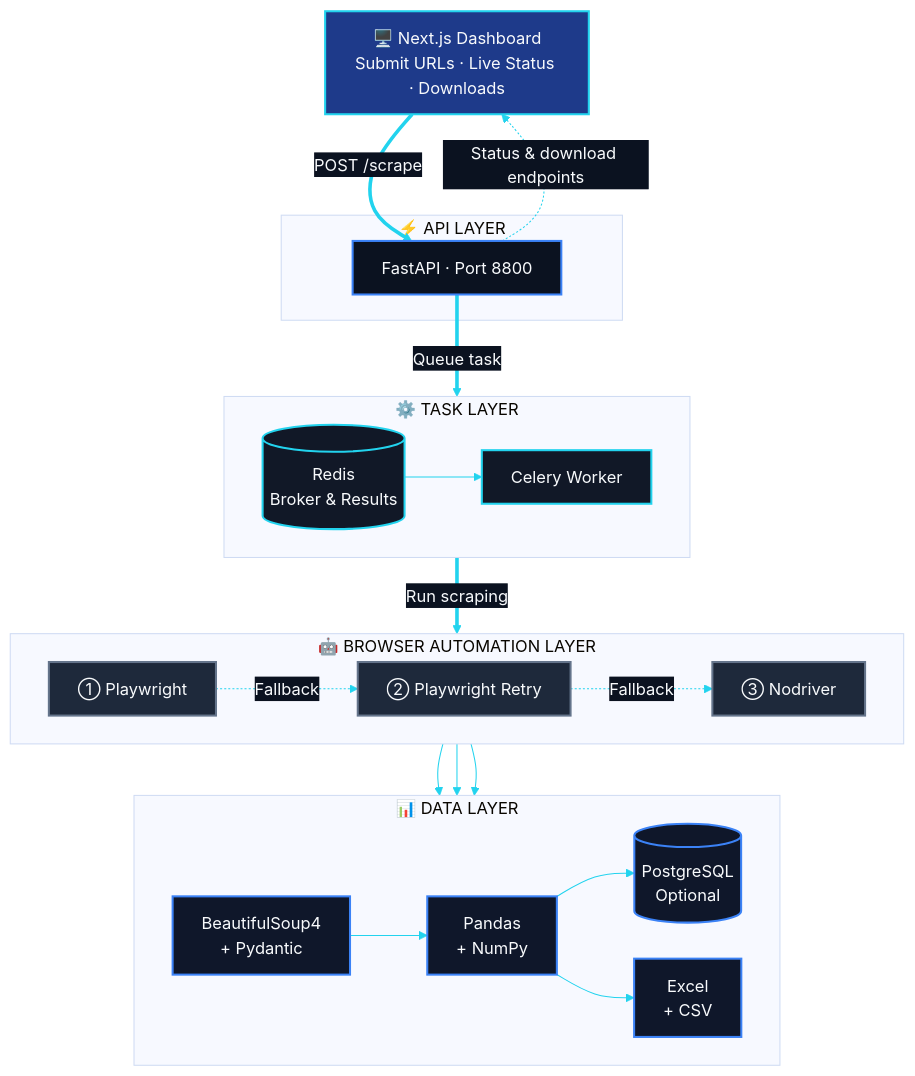
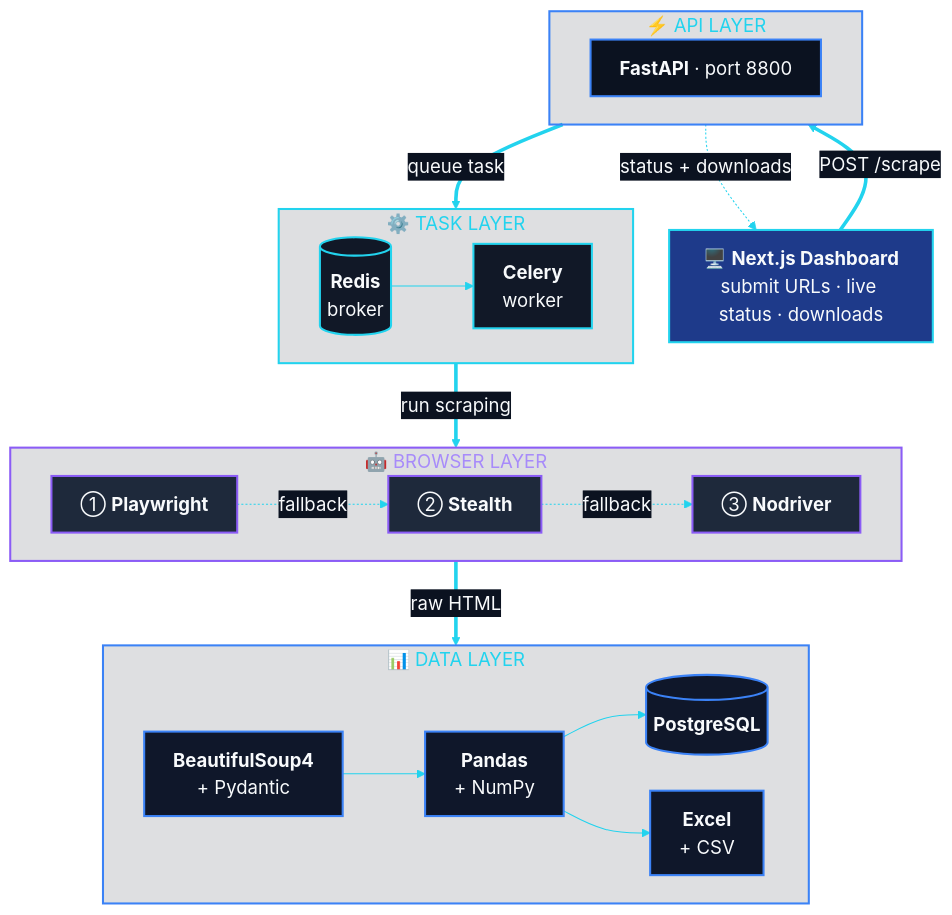
The diagram in README.md (mrfaizan-dev/Natural-Scraping-AI), drawn with Mermaid before and after one commit. The commit also changed other lines of this file, not shown here.

````diff
--- a/README.md
+++ b/README.md
@@ -135,47 +135,49 @@
 ```mermaid
-%%{init: {"theme":"base","themeVariables":{"fontSize":"16px","lineColor":"#22D3EE","primaryTextColor":"#F8FAFC","edgeLabelBackground":"#0B1220"},"flowchart":{"nodeSpacing":35,"rankSpacing":50,"curve":"basis","padding":14}}}%%
+%%{init: {"theme":"base","themeVariables":{"fontSize":"18px","lineColor":"#22D3EE","primaryTextColor":"#F8FAFC","edgeLabelBackground":"#0B1220"},"flowchart":{"nodeSpacing":35,"rankSpacing":55,"curve":"basis","padding":14}}}%%
 flowchart TB
-    UI["🖥️ Next.js Dashboard<br/>Submit URLs · Live Status · Downloads"]
+    UI["🖥️ <b>Next.js Dashboard</b><br/>submit URLs · live status · downloads"]
 
-    subgraph API["⚡ API LAYER"]
-        A["FastAPI · Port 8800"]
-    end
+    subgraph API["⚡ API LAYER"]
+        A["<b>FastAPI</b> · port 8800"]
+    end
 
-    subgraph TASKS["⚙️ TASK LAYER"]
-        direction LR
-        R[("Redis<br/>Broker & Results")] --> W["Celery Worker"]
-    end
+    subgraph Q["⚙️ TASK LAYER"]
+        direction LR
+        R[("<b>Redis</b><br/>broker")] --> W["<b>Celery</b><br/>worker"]
+    end
 
-    subgraph BROWSER["🤖 BROWSER AUTOMATION LAYER"]
-        direction LR
-        P1["① Playwright"] -. "Fallback" .-> P2["② Playwright Retry"]
-        P2 -. "Fallback" .-> P3["③ Nodriver"]
-    end
+    subgraph B["🤖 BROWSER LAYER"]
+        direction LR
+        P1["① <b>Playwright</b>"] -.->|fallback| P2["② <b>Stealth</b>"] -.->|fallback| P3["③ <b>Nodriver</b>"]
+    end
 
-    subgraph DATA["📊 DATA LAYER"]
-        direction LR
-        X["BeautifulSoup4<br/>+ Pydantic"] --> PD["Pandas<br/>+ NumPy"]
-        PD --> DB[("PostgreSQL<br/>Optional")]
-        PD --> XL["Excel<br/>+ CSV"]
-    end
+    subgraph D["📊 DATA LAYER"]
+        direction LR
+        X["<b>BeautifulSoup4</b><br/>+ Pydantic"] --> PD["<b>Pandas</b><br/>+ NumPy"]
+        PD --> DB[("<b>PostgreSQL</b>")]
+        PD --> XL["<b>Excel</b><br/>+ CSV"]
+    end
 
-    UI ==>|"POST /scrape"| A
-    A ==>|"Queue task"| R
-    W ==>|"Run scraping"| P1
-    P1 --> X
-    P2 --> X
-    P3 --> X
-    A -.->|"Status & download endpoints"| UI
+    UI ==>|"POST /scrape"| API
+    API ==>|"queue task"| Q
+    Q ==>|"run scraping"| B
+    B ==>|"raw HTML"| D
+    API -.->|"status + downloads"| UI
 
-    classDef ui fill:#1E3A8A,stroke:#22D3EE,stroke-width:2px,color:#F8FAFC
-    classDef api fill:#0B1220,stroke:#3B82F6,stroke-width:2px,color:#F8FAFC
-    classDef task fill:#111827,stroke:#22D3EE,stroke-width:2px,color:#F8FAFC
-    classDef browser fill:#1E293B,stroke:#64748B,stroke-width:2px,color:#F8FAFC
-    classDef data fill:#0F172A,stroke:#3B82F6,stroke-width:2px,color:#F8FAFC
+    classDef ui fill:#1E3A8A,stroke:#22D3EE,stroke-width:2px,color:#F8FAFC
+    classDef api fill:#0B1220,stroke:#3B82F6,stroke-width:2px,color:#F8FAFC
+    classDef task fill:#111827,stroke:#22D3EE,stroke-width:2px,color:#F8FAFC
+    classDef browser fill:#1E293B,stroke:#8B5CF6,stroke-width:2px,color:#F8FAFC
+    classDef data fill:#0F172A,stroke:#3B82F6,stroke-width:2px,color:#F8FAFC
 
-    class UI ui
-    class A api
-    class R,W task
-    class P1,P2,P3 browser
-    class X,PD,DB,XL data
+    class UI ui
+    class A api
+    class R,W task
+    class P1,P2,P3 browser
+    class X,PD,DB,XL data
+
+    style API fill:#0B122022,stroke:#3B82F6,stroke-width:2px,color:#22D3EE
+    style Q fill:#0B122022,stroke:#22D3EE,stroke-width:2px,color:#22D3EE
+    style B fill:#0B122022,stroke:#8B5CF6,stroke-width:2px,color:#A78BFA
+    style D fill:#0B122022,stroke:#3B82F6,stroke-width:2px,color:#22D3EE
 ```
````
